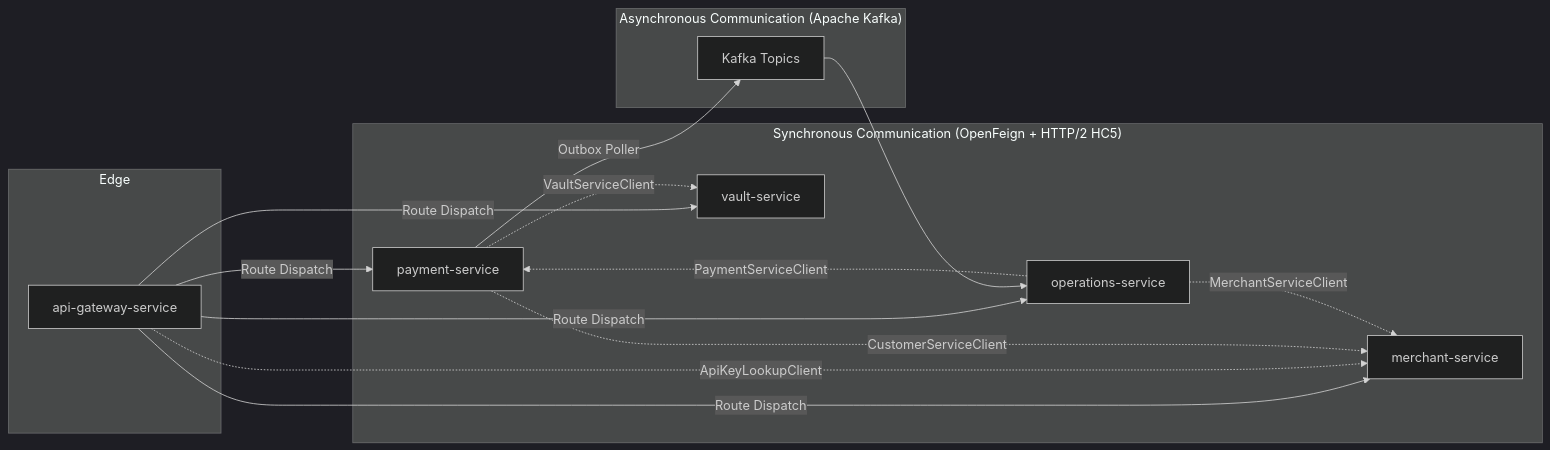
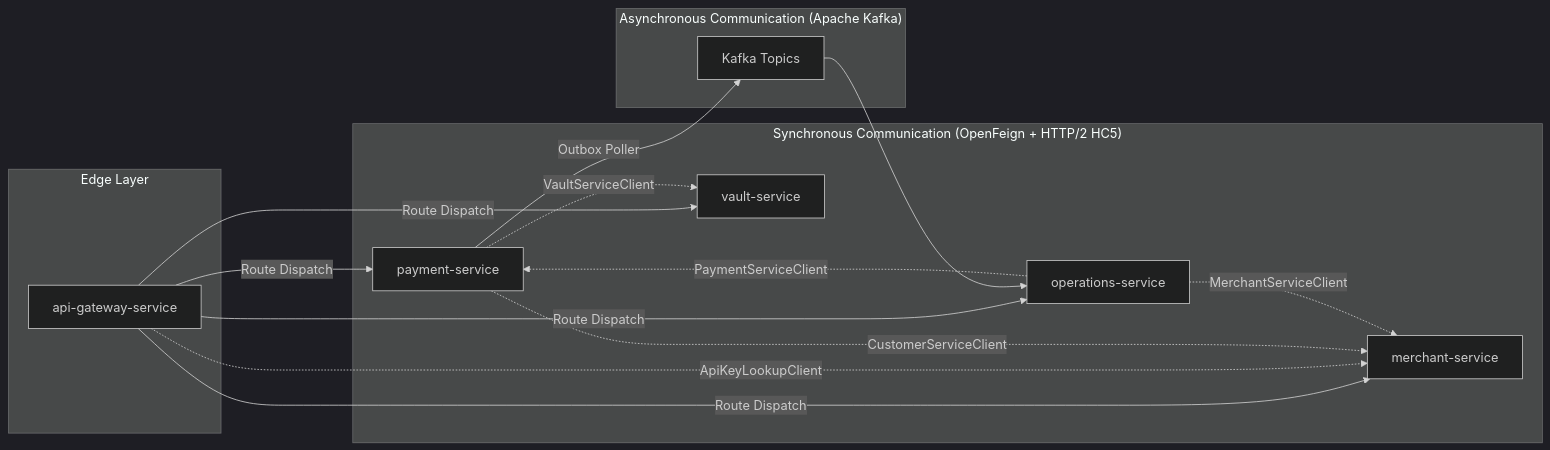
The third of 21 diagrams in README.md (nexus-og-wb/distributed-payment-gateway-razorPay-clone), drawn with Mermaid (dark theme) before and after one commit. The commit also changed other lines of this file, not shown here.

````diff
--- a/README.md
+++ b/README.md
@@ -451,47 +330,24 @@
 ```mermaid
-
 flowchart LR
-
-    subgraph Edge
-
-        GW[api-gateway-service]
-
+    subgraph Edge ["Edge Layer"]
+        GW["api-gateway-service"]
     end
 
+    subgraph SynchronousFeign ["Synchronous Communication (OpenFeign + HTTP/2 HC5)"]
+        GW -->|"Route Dispatch"| MS["merchant-service"]
+        GW -->|"Route Dispatch"| PS["payment-service"]
+        GW -->|"Route Dispatch"| VS["vault-service"]
+        GW -->|"Route Dispatch"| OS["operations-service"]
 
-
-    subgraph SynchronousFeign ["Synchronous Communication (OpenFeign + HTTP/2 HC5)"]
-
-        GW -->|Route Dispatch| MS[merchant-service]
-
-        GW -->|Route Dispatch| PS[payment-service]
-
-        GW -->|Route Dispatch| VS[vault-service]
-
-        GW -->|Route Dispatch| OS[operations-service]
-
-        
-
-        GW -.->|ApiKeyLookupClient| MS
-
-        PS -.->|CustomerServiceClient| MS
-
-        PS -.->|VaultServiceClient| VS
-
-        OS -.->|MerchantServiceClient| MS
-
-        OS -.->|PaymentServiceClient| PS
-
+        GW -.->|"ApiKeyLookupClient"| MS
+        PS -.->|"CustomerServiceClient"| MS
+        PS -.->|"VaultServiceClient"| VS
+        OS -.->|"MerchantServiceClient"| MS
+        OS -.->|"PaymentServiceClient"| PS
     end
 
-
-
     subgraph AsynchronousKafka ["Asynchronous Communication (Apache Kafka)"]
-
-        PS -- Outbox Poller --> KF[Kafka Topics]
-
+        PS -- "Outbox Poller" --> KF["Kafka Topics"]
         KF --> OS
-
     end
-
 ```
````
